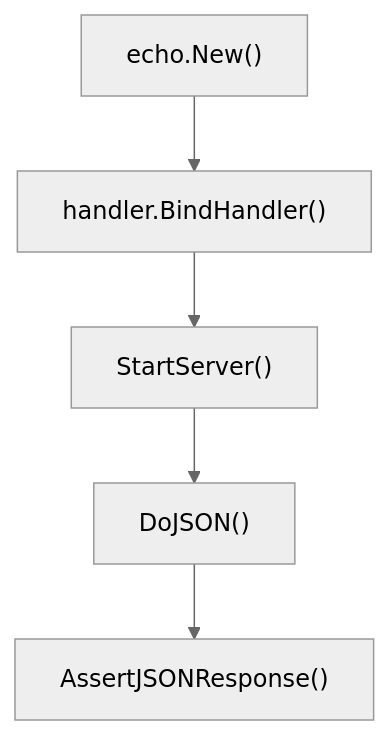
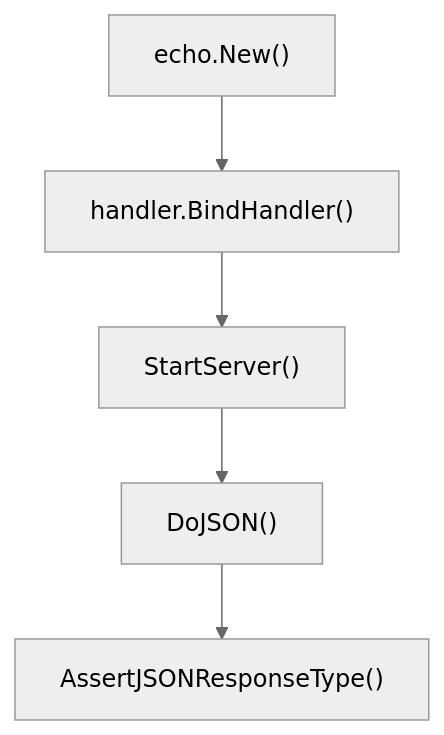
One commit to Tomy-ch/go-boilerplate changed the sixth of 6 diagrams in internal/integration/README.ja.md. Above: the diagram before and after it, drawn with Mermaid (neutral theme). The commit also changed other lines of this file and 1 other file, not shown here.

````diff
--- a/internal/integration/README.ja.md
+++ b/internal/integration/README.ja.md
@@ -165,4 +165,4 @@
 ```mermaid
 flowchart TB
-    New["echo.New()"] --> Bind["handler.BindHandler()"] --> Start["StartServer()"] --> Do["DoJSON()"] --> Assert["AssertJSONResponse()"]
+    New["echo.New()"] --> Bind["handler.BindHandler()"] --> Start["StartServer()"] --> Do["DoJSON()"] --> Assert["AssertJSONResponseType()"]
 ```
````
